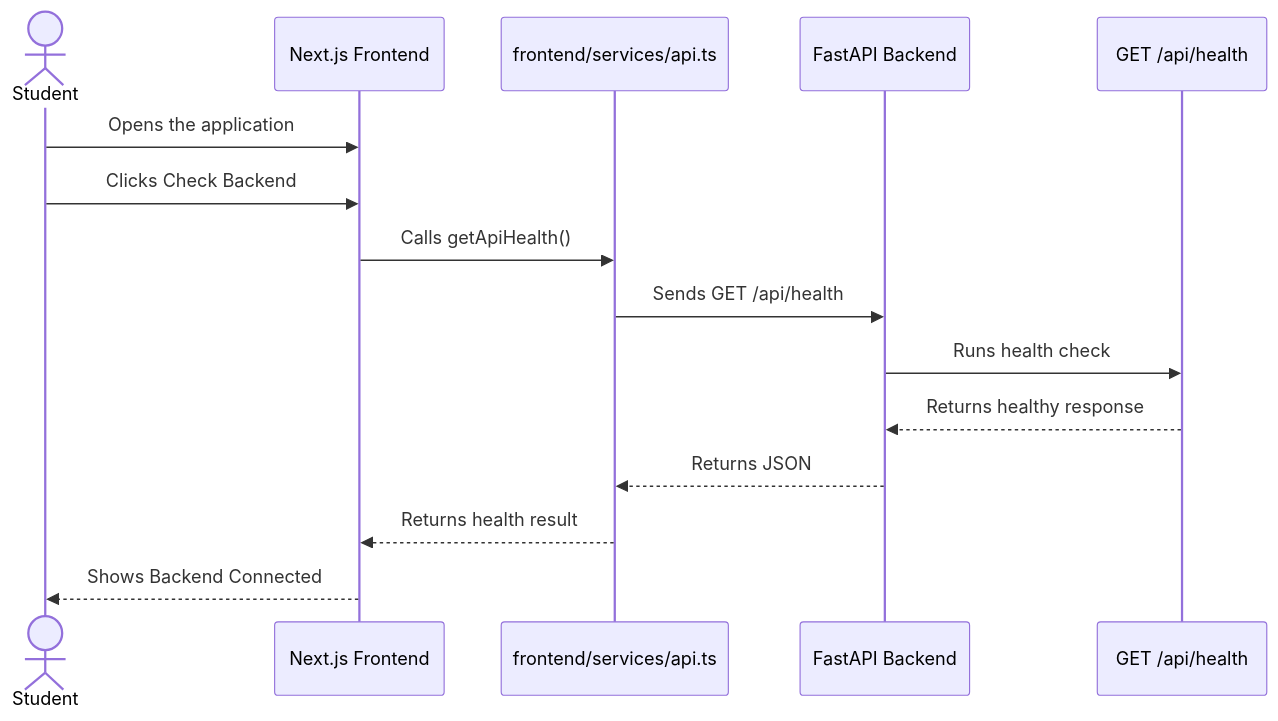
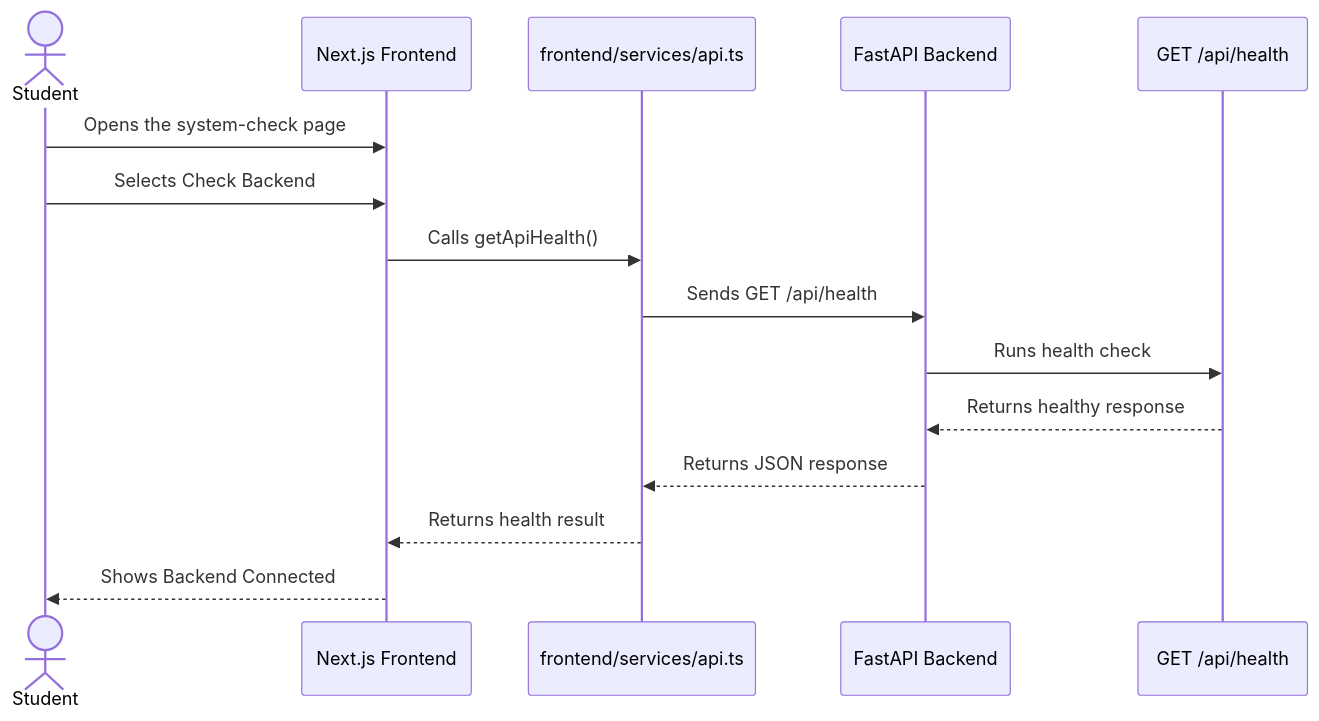
One commit to jianna-acc/stsp-capstone changed the sixth of 8 diagrams in docs/ARCHITECTURE.md. Above: the diagram before and after it, drawn with Mermaid. The commit also changed other lines of this file and 21 other files, not shown here.

Commit message:
feat: add FastAPI backend foundation

````diff
--- a/docs/ARCHITECTURE.md
+++ b/docs/ARCHITECTURE.md
@@ -90,18 +233,18 @@
 ```mermaid
 sequenceDiagram
     actor Student
     participant Frontend as Next.js Frontend
     participant APIService as frontend/services/api.ts
     participant FastAPI as FastAPI Backend
     participant HealthRoute as GET /api/health
 
-    Student->>Frontend: Opens the application
-    Student->>Frontend: Clicks Check Backend
+    Student->>Frontend: Opens the system-check page
+    Student->>Frontend: Selects Check Backend
     Frontend->>APIService: Calls getApiHealth()
     APIService->>FastAPI: Sends GET /api/health
     FastAPI->>HealthRoute: Runs health check
     HealthRoute-->>FastAPI: Returns healthy response
-    FastAPI-->>APIService: Returns JSON
+    FastAPI-->>APIService: Returns JSON response
     APIService-->>Frontend: Returns health result
     Frontend-->>Student: Shows Backend Connected
 ```
````
